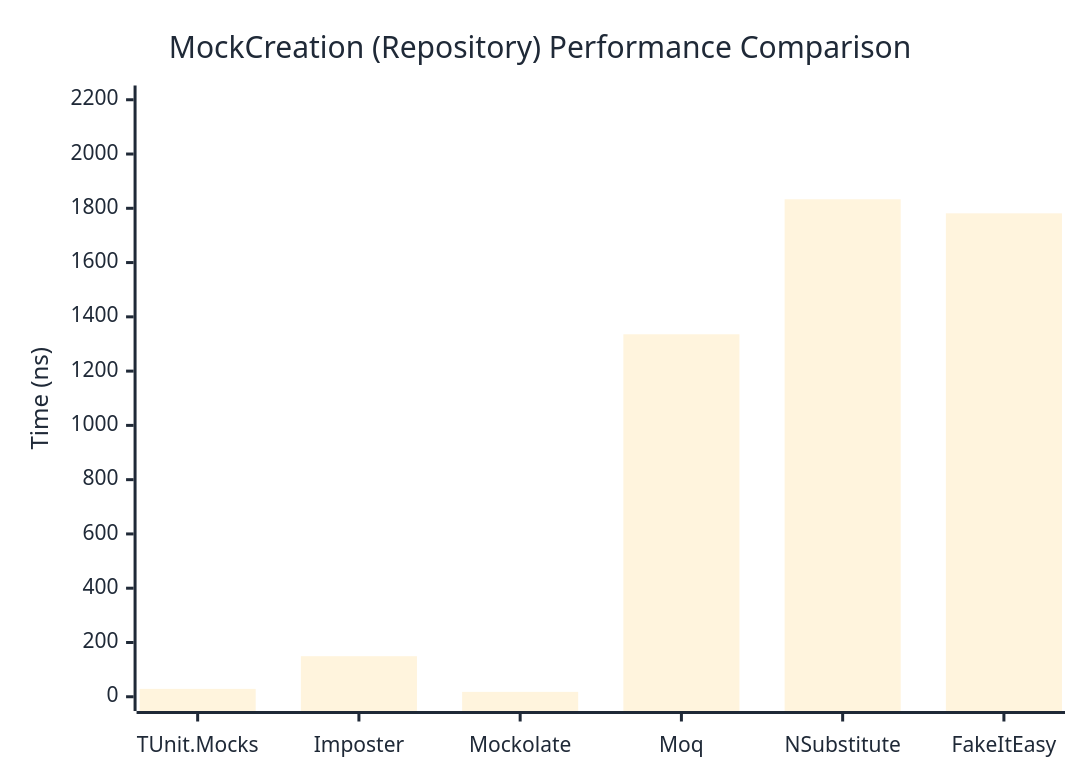
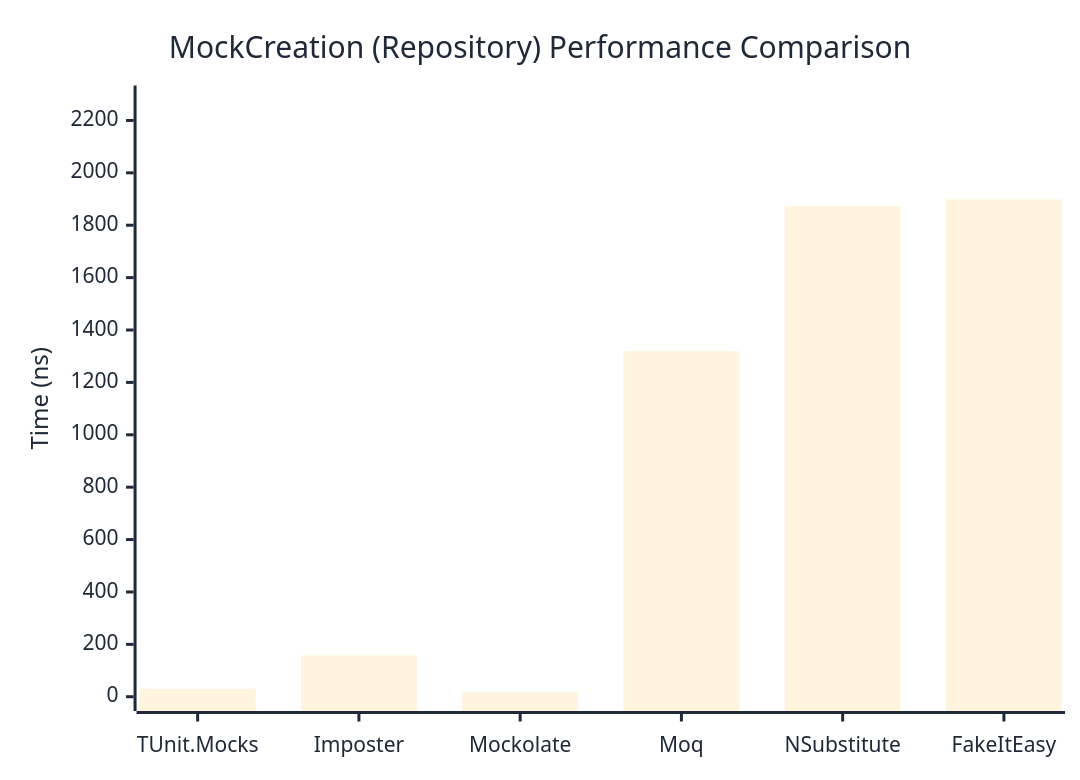
The second of 2 diagrams in docs/docs/benchmarks/mocks/MockCreation.md (thomhurst/TUnit), drawn with Mermaid before and after one commit. The commit also changed other lines of this file and 14 other files, not shown here.

````diff
--- a/docs/docs/benchmarks/mocks/MockCreation.md
+++ b/docs/docs/benchmarks/mocks/MockCreation.md
@@ -71,27 +71,27 @@
 ```mermaid
 %%{init: {
   'theme':'base',
   'themeVariables': {
     'primaryColor': '#2563eb',
     'primaryTextColor': '#1f2937',
     'primaryBorderColor': '#1e40af',
     'lineColor': '#6b7280',
     'secondaryColor': '#7c3aed',
     'tertiaryColor': '#dc2626',
     'background': '#ffffff',
     'pie1': '#2563eb',
     'pie2': '#7c3aed',
     'pie3': '#dc2626',
     'pie4': '#f59e0b',
     'pie5': '#10b981',
     'pie6': '#06b6d4',
     'pie7': '#ec4899',
     'pie8': '#6366f1'
   }
 }}%%
 xychart-beta
   title "MockCreation (Repository) Performance Comparison"
   x-axis ["TUnit.Mocks", "Imposter", "Mockolate", "Moq", "NSubstitute", "FakeItEasy"]
-  y-axis "Time (ns)" 0 --> 2200
-  bar [28.98, 149.43, 17.94, 1335.78, 1833.25, 1781.45]
+  y-axis "Time (ns)" 0 --> 2279
+  bar [30.82, 157.54, 18.45, 1318.96, 1872.39, 1898.57]
 ```
````
